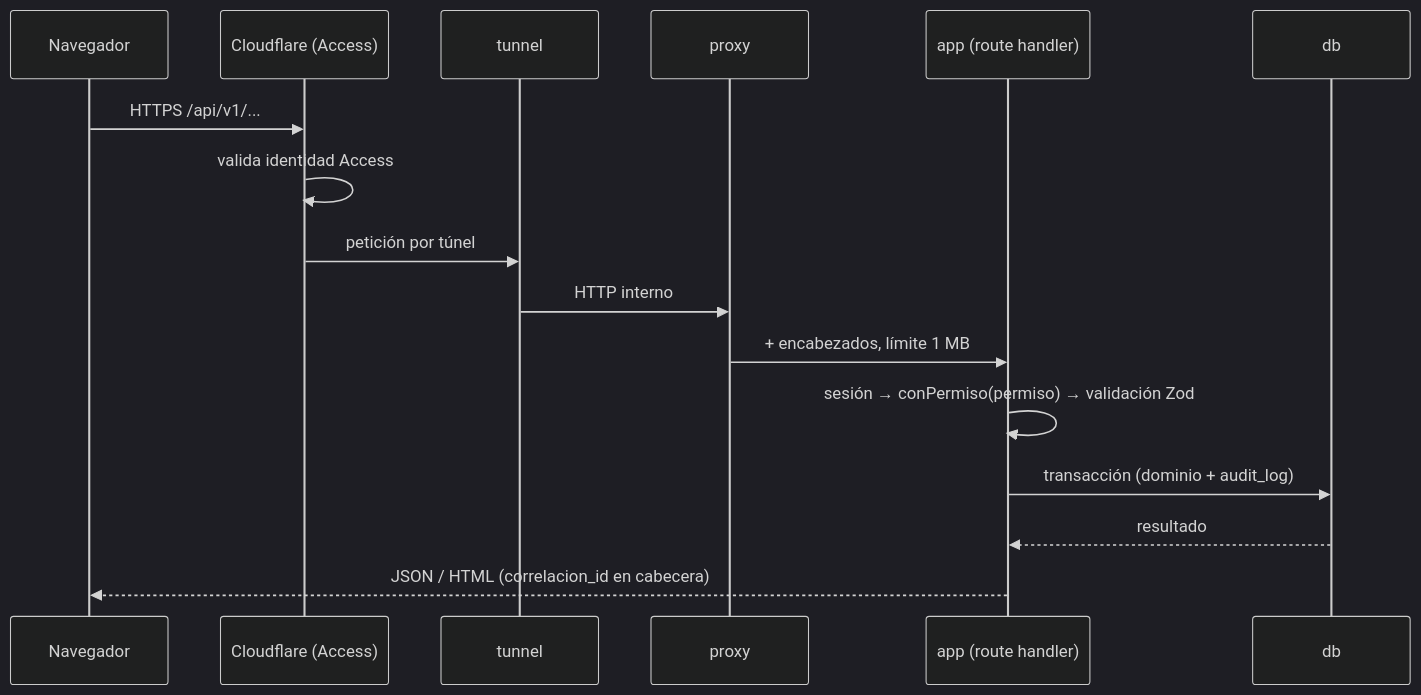
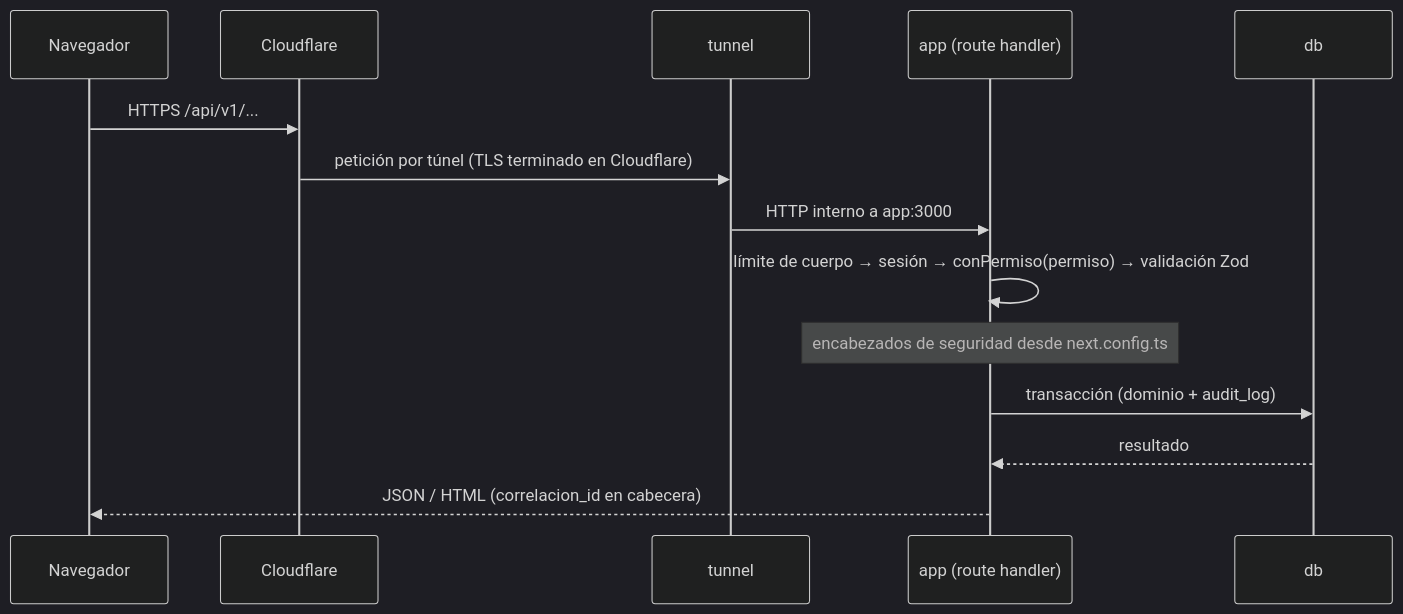
One commit to Allopze/crm-fabrica-neltume changed the second of 2 diagrams in DESIGN.md. Above: the diagram before and after it, drawn with Mermaid (dark theme). The commit also changed other lines of this file and 18 other files, not shown here.

First line of the commit message:
feat(T2.8): túnel directo a la app, sin proxy Caddy

````diff
--- a/DESIGN.md
+++ b/DESIGN.md
@@ -33,18 +31,16 @@
 ```mermaid
 sequenceDiagram
   participant N as Navegador
-  participant C as Cloudflare (Access)
+  participant C as Cloudflare
   participant T as tunnel
-  participant P as proxy
   participant A as app (route handler)
   participant D as db
   N->>C: HTTPS /api/v1/...
-  C->>C: valida identidad Access
-  C->>T: petición por túnel
-  T->>P: HTTP interno
-  P->>A: + encabezados, límite 1 MB
-  A->>A: sesión → conPermiso(permiso) → validación Zod
+  C->>T: petición por túnel (TLS terminado en Cloudflare)
+  T->>A: HTTP interno a app:3000
+  A->>A: límite de cuerpo → sesión → conPermiso(permiso) → validación Zod
+  Note over A: encabezados de seguridad desde next.config.ts
   A->>D: transacción (dominio + audit_log)
   D-->>A: resultado
   A-->>N: JSON / HTML (correlacion_id en cabecera)
 ```
````
